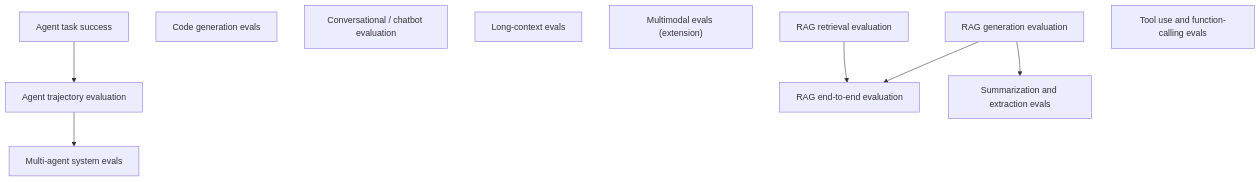
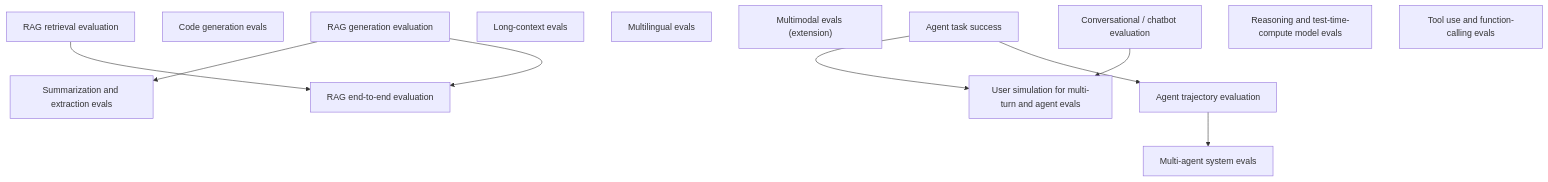
One commit to ksubramanian9/ai_evaluation changed the fifth of 8 diagrams in map/00-overview.md. Above: the diagram before and after it, drawn with Mermaid. The commit also changed other lines of this file and 52 other files, not shown here.

````diff
--- a/map/00-overview.md
+++ b/map/00-overview.md
@@ -166,20 +171,25 @@
 ```mermaid
 flowchart TD
   n_agent_task_success_evals["Agent task success"]
   n_agent_trajectory_evals["Agent trajectory evaluation"]
   n_code_generation_evals["Code generation evals"]
   n_conversational_evals["Conversational / chatbot evaluation"]
   n_long_context_evals["Long-context evals"]
   n_multi_agent_evals["Multi-agent system evals"]
+  n_multilingual_evals["Multilingual evals"]
   n_multimodal_evals["Multimodal evals (extension)"]
   n_rag_end_to_end_evals["RAG end-to-end evaluation"]
   n_rag_generation_evals["RAG generation evaluation"]
   n_rag_retrieval_evals["RAG retrieval evaluation"]
+  n_reasoning_model_evals["Reasoning and test-time-compute model evals"]
   n_summarization_and_extraction_evals["Summarization and extraction evals"]
   n_tool_use_evals["Tool use and function-calling evals"]
+  n_user_simulation_evals["User simulation for multi-turn and agent evals"]
   n_agent_task_success_evals --> n_agent_trajectory_evals
   n_agent_trajectory_evals --> n_multi_agent_evals
   n_rag_retrieval_evals --> n_rag_end_to_end_evals
   n_rag_generation_evals --> n_rag_end_to_end_evals
   n_rag_generation_evals --> n_summarization_and_extraction_evals
+  n_conversational_evals --> n_user_simulation_evals
+  n_agent_task_success_evals --> n_user_simulation_evals
 ```
````
